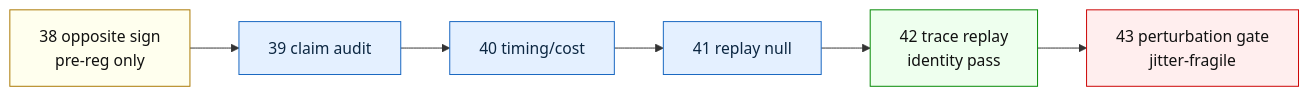
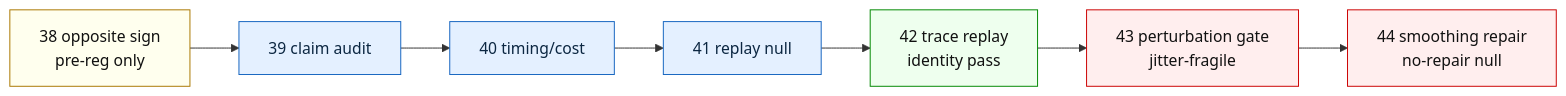
The fourth of 6 diagrams in README.md (manfromnowhere143/sentinel), drawn with Mermaid before and after one commit. The commit also changed other lines of this file and 1 other file, not shown here.

Commit message:
docs: record iter44 no-repair smoothing verdict in README header/tracker/diagram/status and CONTINUITY arc + shift log

````diff
--- a/README.md
+++ b/README.md
@@ -162,16 +165,17 @@
 ```mermaid
 flowchart LR
   O38["38 opposite sign<br/>pre-reg only"] --> A39["39 claim audit"]
   A39 --> A40["40 timing/cost"]
   A40 --> A41["41 replay null"]
   A41 --> A42["42 trace replay<br/>identity pass"]
   A42 --> A43["43 perturbation gate<br/>jitter-fragile"]
+  A43 --> A44["44 smoothing repair<br/>no-repair null"]
   classDef ask fill:#ffe,stroke:#a70,color:#111;
   classDef audit fill:#e4f0ff,stroke:#1565c0,color:#0c2742;
   classDef win fill:#efe,stroke:#080,color:#111;
   classDef bad fill:#fee,stroke:#c00,color:#111;
   class O38 ask;
   class A39,A40,A41 audit;
   class A42 win;
-  class A43 bad;
+  class A43,A44 bad;
 ```
````
